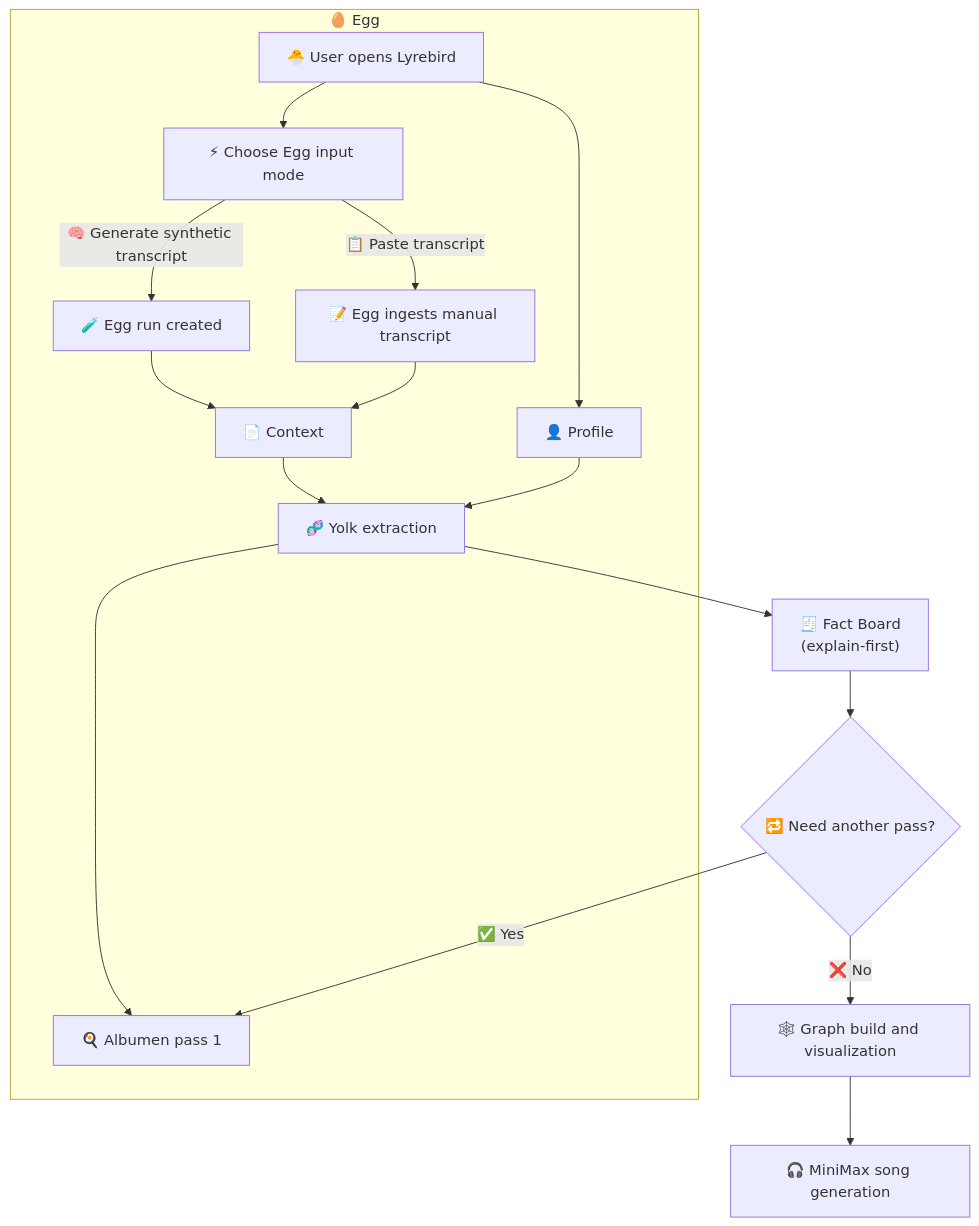
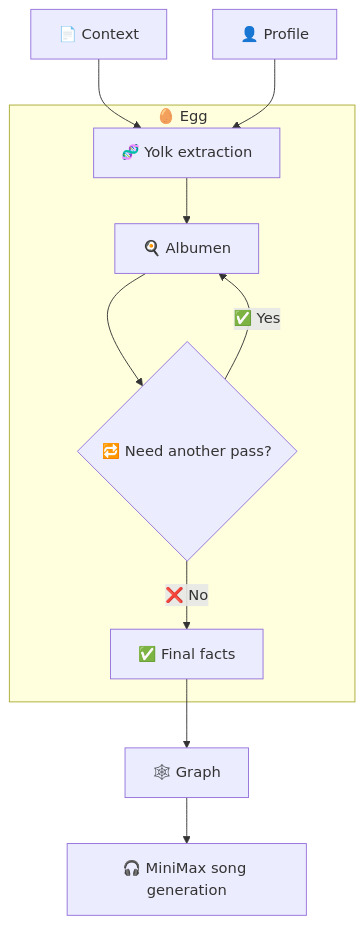
Before and after one commit to kirilligum/lyrebird-awsloft-hack260220: the first of 2 diagrams in README.md, drawn with Mermaid. The commit also changed other lines of this file and 4 other files, not shown here.

Commit message:
fix: Update UI and improve Yolk fact extraction

````diff
--- a/README.md
+++ b/README.md
@@ -22,22 +22,21 @@
 ```mermaid
 flowchart TD
-  U[🐣 User opens Lyrebird]
-  U --> I[⚡ Choose Egg input mode]
+  C[📄 Context]
+  P[👤 Profile]
 
   subgraph Egg["🥚 Egg"]
-    I -->|🧠 Generate synthetic transcript| E1[🧪 Egg run created]
-    I -->|📋 Paste transcript| E2[📝 Egg ingests manual transcript]
-    E1 --> C[📄 Context]
-    E2 --> C
-    U --> P[👤 Profile]
-    C --> Y[🧬 Yolk extraction]
-    P --> Y
-    Y --> A[🍳 Albumen pass 1]
+    Y[🧬 Yolk extraction]
+    A[🍳 Albumen]
+    R{🔁 Need another pass?}
+    F["✅ Final facts"]
   end
 
-  Y --> F["🧾 Fact Board\n(explain-first)"]
-  F --> R{🔁 Need another pass?}
+  C --> Y
+  P --> Y
+  Y --> A
+  A --> R
   R -->|✅ Yes| A
-  R -->|❌ No| G[🕸️ Graph build and visualization]
+  R -->|❌ No| F
+  F --> G[🕸️ Graph]
   G --> M[🎧 MiniMax song generation]
 ```
````
